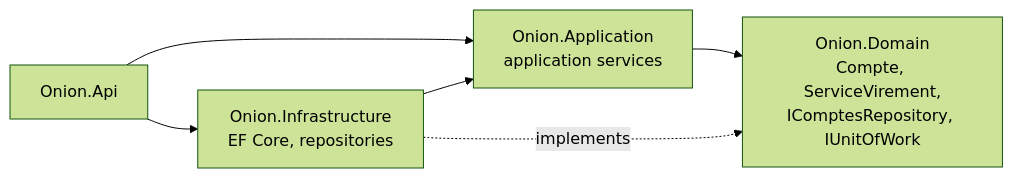
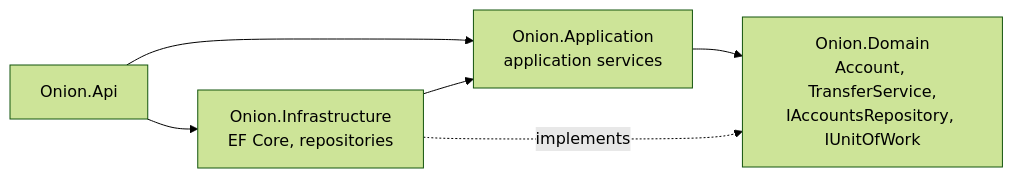
The diagram in Docs/en/fiches/02-onion.md (drangoht/ArchitecturesDemo), drawn with Mermaid (forest theme) before and after one commit. The commit also changed other lines of this file and 78 other files, not shown here.

First line of the commit message:
Docs EN : identifiants, liens, diagrammes et sorties alignés sur le code anglais

````diff
--- a/Docs/en/fiches/02-onion.md
+++ b/Docs/en/fiches/02-onion.md
@@ -9,8 +9,8 @@
 ```mermaid
 flowchart LR
     Api["Onion.Api"] --> App["Onion.Application<br/>application services"]
     Api --> Infra["Onion.Infrastructure<br/>EF Core, repositories"]
     Infra --> App
-    App --> Dom["Onion.Domain<br/>Compte, ServiceVirement,<br/>IComptesRepository, IUnitOfWork"]
+    App --> Dom["Onion.Domain<br/>Account, TransferService,<br/>IAccountsRepository, IUnitOfWork"]
     Infra -. implements .-> Dom
 ```
````
